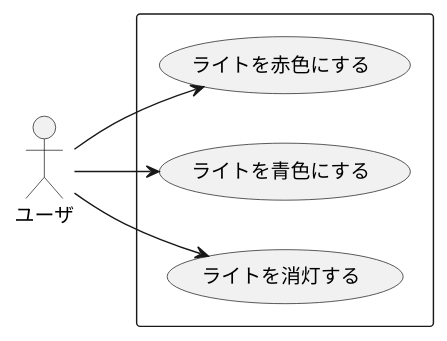
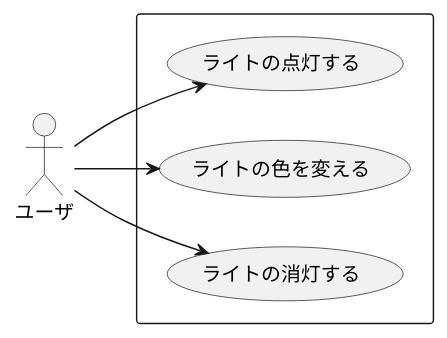
The diagram in docs/psyllium/usecase.puml (naokiur/domain-modeling), drawn with PlantUML before and after one commit. The commit also changed 6 other files, not shown here.

```diff
--- a/docs/psyllium/usecase.puml
+++ b/docs/psyllium/usecase.puml
@@ -1,19 +1,18 @@
 @startuml
 
 left to right direction
 
 actor ユーザ as user 
 
 rectangle {
-    usecase "ライトを赤色にする" as red
-    usecase "ライトを青色にする" as green
-    usecase "ライトを消灯する" as off
+    usecase "ライトの点灯する" as lightUp
+    usecase "ライトの色を変える" as change
+    usecase "ライトの消灯する" as lightOff
 
-    user --> red
-    user --> green
-    user --> off
-    
+    user --> lightUp
+    user --> change
+    user --> lightOff
 }
 
 
-@endumlw
+@enduml
```
